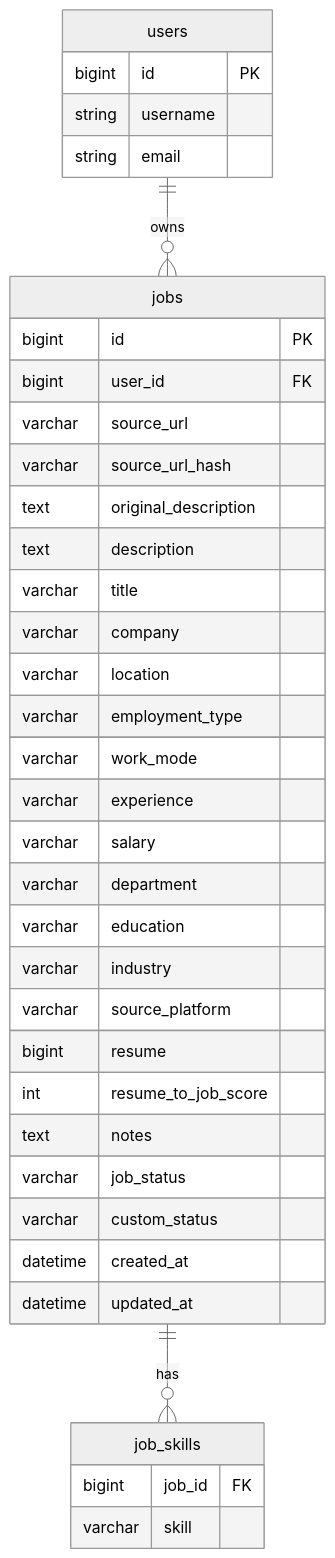
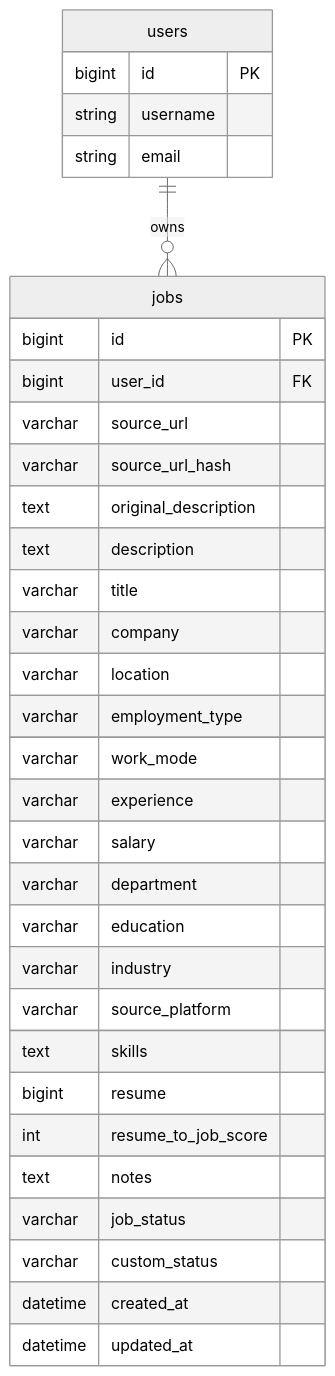
Before and after one commit to Venkata-Nageswara-Bhadri78/CodePilot: the diagram in src/main/java/com/developer/copilot/jobs/docs/DATABASE.md, drawn with Mermaid (neutral theme). The commit also changed other lines of this file and 31 other files, not shown here.

````diff
--- a/src/main/java/com/developer/copilot/jobs/docs/DATABASE.md
+++ b/src/main/java/com/developer/copilot/jobs/docs/DATABASE.md
@@ -7,43 +7,38 @@
 ```mermaid
 erDiagram
     users ||--o{ jobs : owns
-    jobs ||--o{ job_skills : has
 
     users {
         bigint id PK
         string username
         string email
     }
 
     jobs {
         bigint id PK
         bigint user_id FK
         varchar source_url
         varchar source_url_hash
         text original_description
         text description
         varchar title
         varchar company
         varchar location
         varchar employment_type
         varchar work_mode
         varchar experience
         varchar salary
         varchar department
         varchar education
         varchar industry
         varchar source_platform
+        text skills
         bigint resume
         int resume_to_job_score
         text notes
         varchar job_status
         varchar custom_status
         datetime created_at
         datetime updated_at
     }
-
-    job_skills {
-        bigint job_id FK
-        varchar skill
-    }
 ```
````
